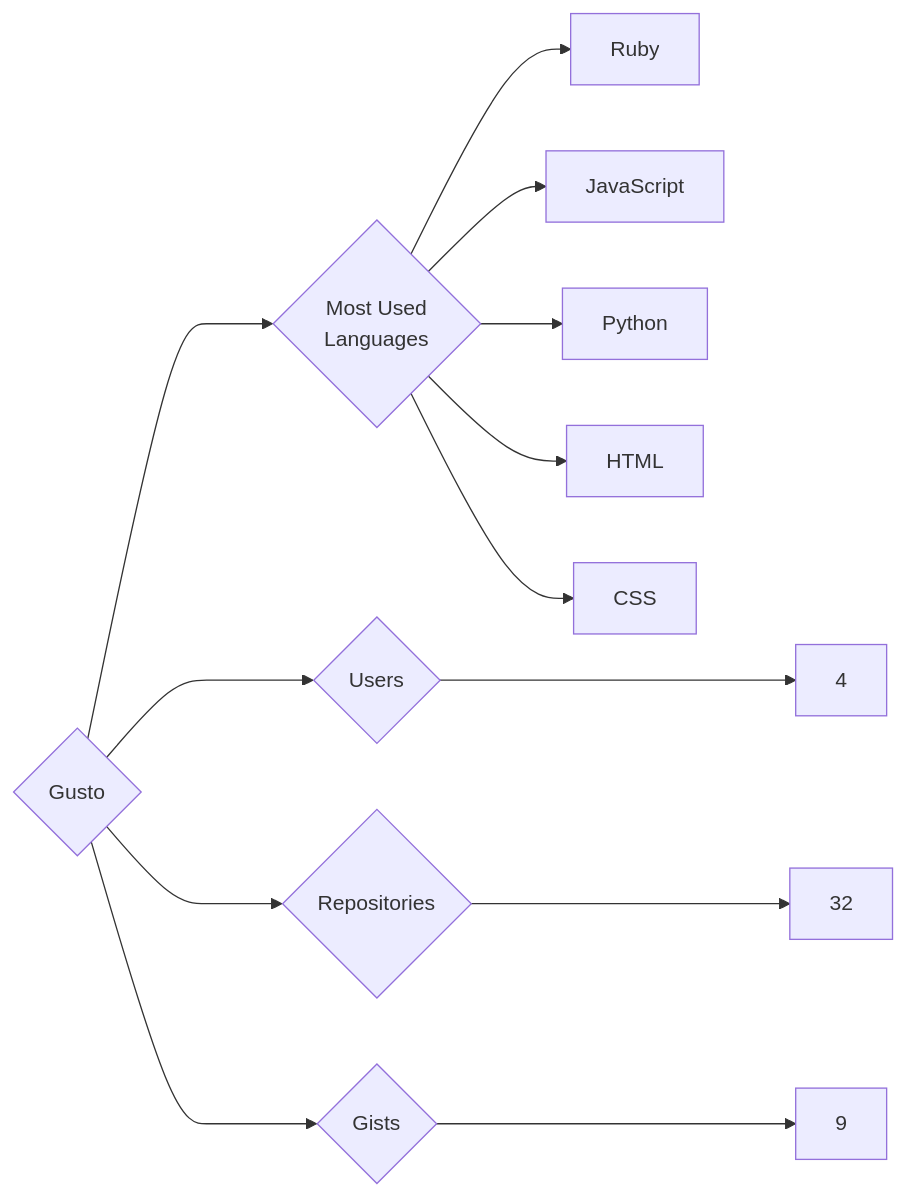
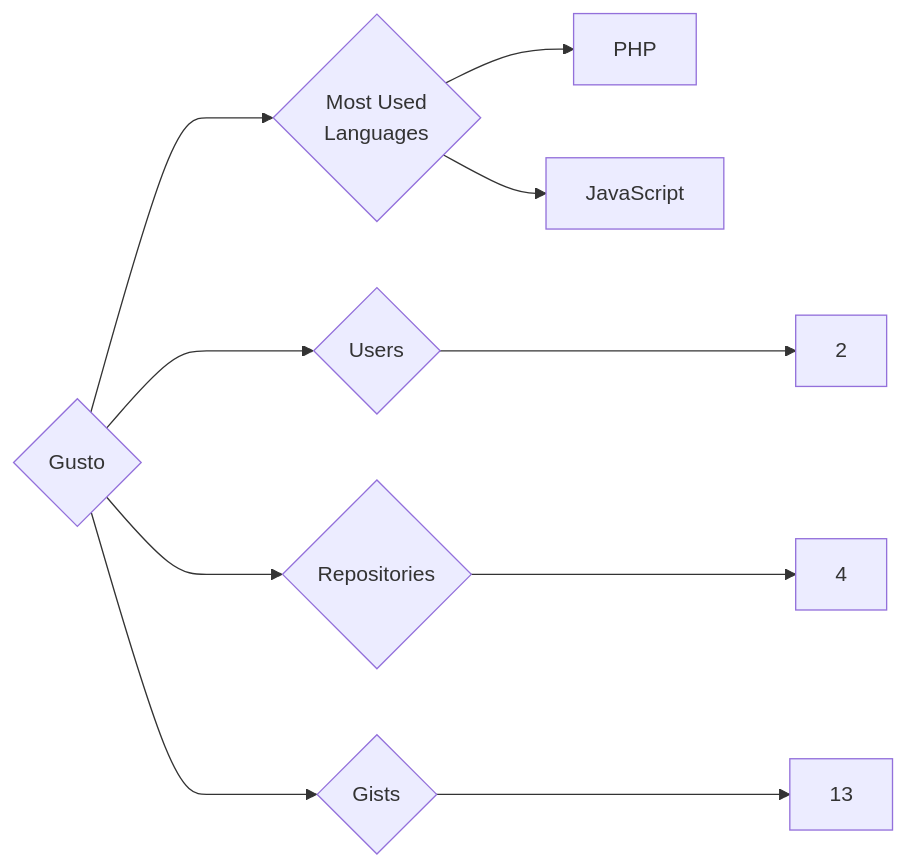
The diagram in targets/Gusto/README.md (trickest/insiders), drawn with Mermaid before and after one commit. The commit also changed 1141 other files, not shown here.

````diff
--- a/targets/Gusto/README.md
+++ b/targets/Gusto/README.md
@@ -3,13 +3,10 @@
 ```mermaid
 graph LR
 COMPANY_NAME{Gusto}
-COMPANY_NAME ---> U{Users} ---> UN[4]
-COMPANY_NAME ---> R{Repositories} ---> RN[32]
-COMPANY_NAME ---> G{Gists} ---> GN[9]
+COMPANY_NAME ---> U{Users} ---> UN[2]
+COMPANY_NAME ---> R{Repositories} ---> RN[4]
+COMPANY_NAME ---> G{Gists} ---> GN[13]
 COMPANY_NAME ---> ML{Most Used<br>Languages}
-ML --> Ruby[Ruby]
+ML --> PHP[PHP]
 ML --> JavaScript[JavaScript]
-ML --> Python[Python]
-ML --> HTML[HTML]
-ML --> CSS[CSS]
 ```
````
